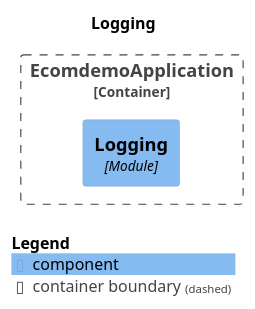
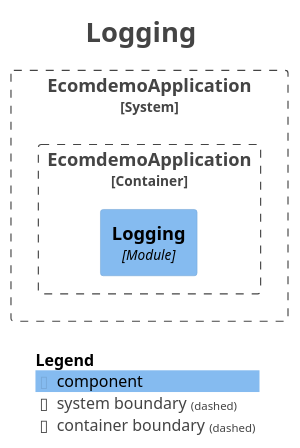
The diagram in docs/modules/module-logging.puml (mr-sujay-patil/ecomdemo), drawn with PlantUML before and after one commit. The commit also changed 17 other files, not shown here.

```diff
--- a/docs/modules/module-logging.puml
+++ b/docs/modules/module-logging.puml
@@ -1,17 +1,27 @@
 @startuml
+title <size:24>Logging</size>
+
 set separator none
-title Logging
+top to bottom direction
 
-top to bottom direction
+<style>
+  root {
+    BackgroundColor: #ffffff
+    FontColor: #444444
+  }
+</style>
 
 !include <C4/C4>
 !include <C4/C4_Context>
 !include <C4/C4_Component>
 
-Container_Boundary("EcomdemoApplication.EcomdemoApplication_boundary", "EcomdemoApplication", $tags="") {
-  Component(EcomdemoApplication.EcomdemoApplication.Logging, "Logging", $techn="Module", $descr="", $tags="", $link="")
+System_Boundary("EcomdemoApplication_boundary", "EcomdemoApplication", $tags="") {
+  Container_Boundary("EcomdemoApplication.EcomdemoApplication_boundary", "EcomdemoApplication", $tags="") {
+    Component(EcomdemoApplication.EcomdemoApplication.Logging, "Logging", $techn="Module", $descr="", $tags="", $link="")
+  }
+
 }
 
-
 SHOW_LEGEND(true)
+hide stereotypes
 @enduml
```
